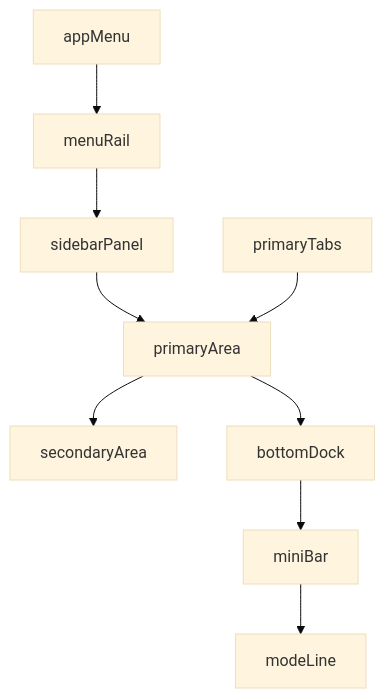
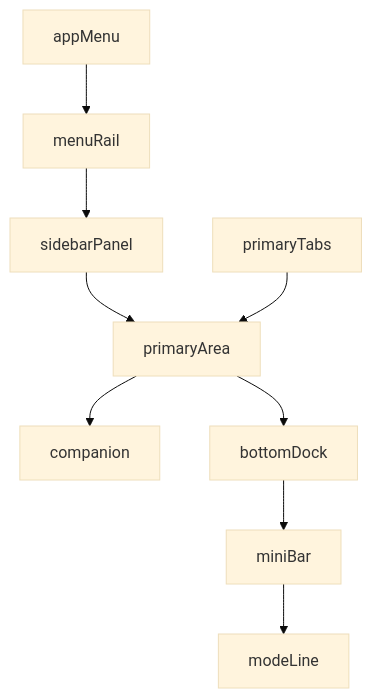
One commit to josiahamanna/nodex changed the diagram in claude-docs/architecture/modular-shell-and-plugins-plan.md. Above: the diagram before and after it, drawn with Mermaid (base theme). The commit also changed other lines of this file and 80 other files, not shown here.

````diff
--- a/claude-docs/architecture/modular-shell-and-plugins-plan.md
+++ b/claude-docs/architecture/modular-shell-and-plugins-plan.md
@@ -27,11 +27,11 @@
 ```mermaid
 flowchart TB
   appMenu --> menuRail
   menuRail --> sidebarPanel
   sidebarPanel --> primaryArea
   primaryTabs --> primaryArea
-  primaryArea --> secondaryArea
+  primaryArea --> companion
   primaryArea --> bottomDock
   bottomDock --> miniBar
   miniBar --> modeLine
 ```
````
